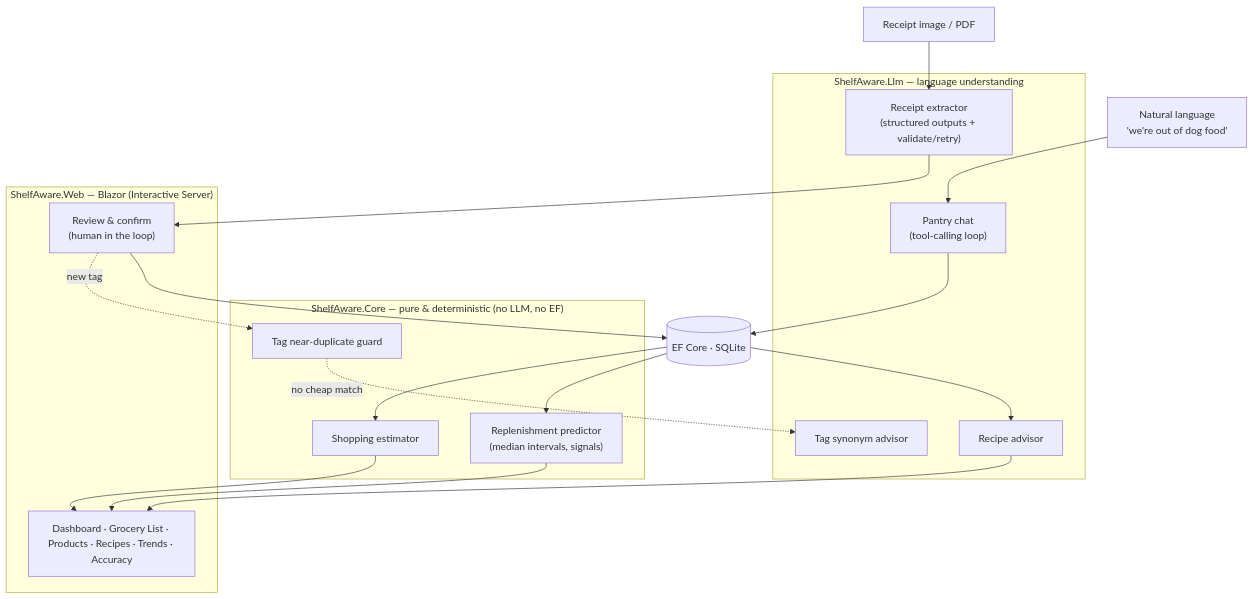
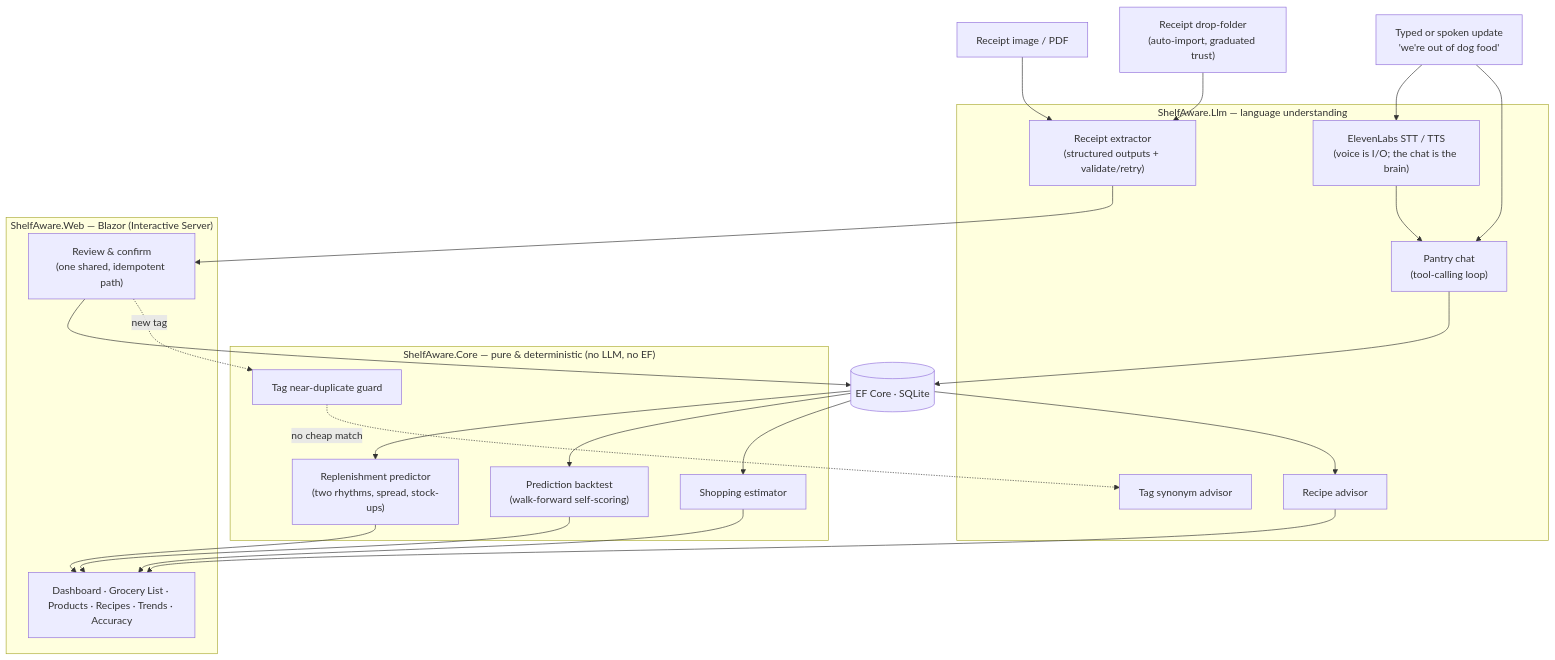
One commit to Jcurran-Repo/ShelfAware changed the diagram in README.md. Above: the diagram before and after it, drawn with Mermaid. The commit also changed other lines of this file and 2 other files, not shown here.

````diff
--- a/README.md
+++ b/README.md
@@ -74,33 +82,40 @@
 ```mermaid
 flowchart TD
     R["Receipt image / PDF"]
-    NL["Natural language<br/>'we're out of dog food'"]
+    IN["Receipt drop-folder<br/>(auto-import, graduated trust)"]
+    NL["Typed or spoken update<br/>'we're out of dog food'"]
 
     subgraph LLM["ShelfAware.Llm — language understanding"]
       EX["Receipt extractor<br/>(structured outputs + validate/retry)"]
       CH["Pantry chat<br/>(tool-calling loop)"]
+      VO["ElevenLabs STT / TTS<br/>(voice is I/O; the chat is the brain)"]
       TA["Tag synonym advisor"]
       RA["Recipe advisor"]
     end
 
     subgraph CORE["ShelfAware.Core — pure & deterministic (no LLM, no EF)"]
-      PR["Replenishment predictor<br/>(median intervals, signals)"]
+      PR["Replenishment predictor<br/>(two rhythms, spread, stock-ups)"]
+      BT["Prediction backtest<br/>(walk-forward self-scoring)"]
       TG["Tag near-duplicate guard"]
       SE["Shopping estimator"]
     end
 
     DB[("EF Core · SQLite")]
 
     subgraph WEB["ShelfAware.Web — Blazor (Interactive Server)"]
-      RV["Review &amp; confirm<br/>(human in the loop)"]
+      RV["Review &amp; confirm<br/>(one shared, idempotent path)"]
       UI["Dashboard · Grocery List · Products · Recipes · Trends · Accuracy"]
     end
 
-    R --> EX --> RV --> DB
+    R --> EX
+    IN --> EX
+    EX --> RV --> DB
+    NL --> VO --> CH
     NL --> CH --> DB
     DB --> PR --> UI
+    DB --> BT --> UI
     DB --> SE --> UI
     RV -. "new tag" .-> TG
     TG -. "no cheap match" .-> TA
     DB --> RA --> UI
 ```
````
